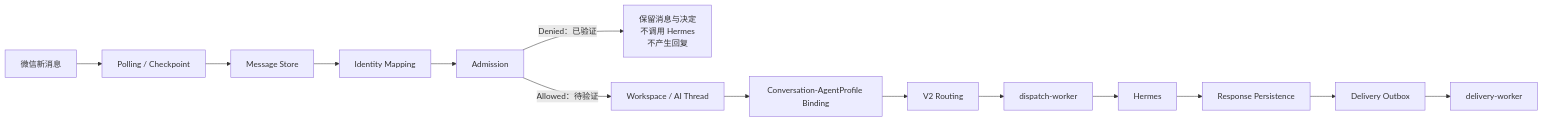
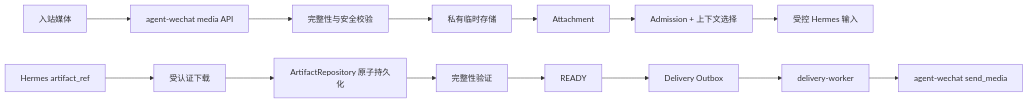
The second of 2 diagrams in architecture/gateway-architecture.md (Tangbohu09527/CF_ecommerce-automation-docs), drawn with Mermaid before and after one commit. The commit also changed other lines of this file and 16 other files, not shown here.

````diff
--- a/architecture/gateway-architecture.md
+++ b/architecture/gateway-architecture.md
@@ -44,16 +130,16 @@
 ```mermaid
 flowchart LR
-    M["微信新消息"] --> P["Polling / Checkpoint"]
-    P --> S["Message Store"]
-    S --> I["Identity Mapping"]
-    I --> A["Admission"]
-    A -->|"Denied：已验证"| D["保留消息与决定<br/>不调用 Hermes<br/>不产生回复"]
-    A -->|"Allowed：待验证"| W["Workspace / AI Thread"]
-    W --> B["Conversation-AgentProfile Binding"]
-    B --> R["V2 Routing"]
-    R --> X["dispatch-worker"]
-    X --> H["Hermes"]
-    H --> RP["Response Persistence"]
-    RP --> O["Delivery Outbox"]
-    O --> DL["delivery-worker"]
+    IN["入站媒体"] --> API["agent-wechat media API"]
+    API --> V["完整性与安全校验"]
+    V --> PS["私有临时存储"]
+    PS --> ATT["Attachment"]
+    ATT --> AC["Admission + 上下文选择"]
+    AC --> HI["受控 Hermes 输入"]
+    HO["Hermes artifact_ref"] --> DL["受认证下载"]
+    DL --> AR["ArtifactRepository 原子持久化"]
+    AR --> IV["完整性验证"]
+    IV --> READY["READY"]
+    READY --> O["Delivery Outbox"]
+    O --> DW2["delivery-worker"]
+    DW2 --> SM["agent-wechat send_media"]
 ```
````
